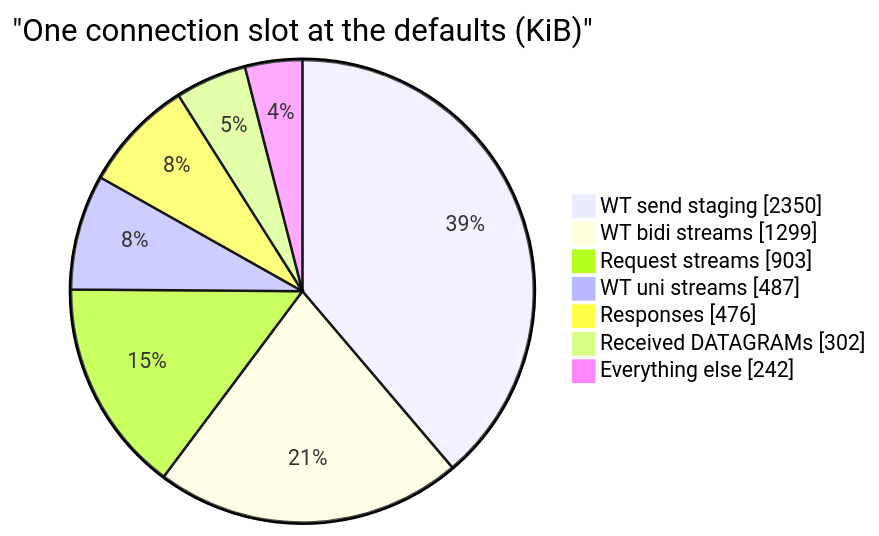
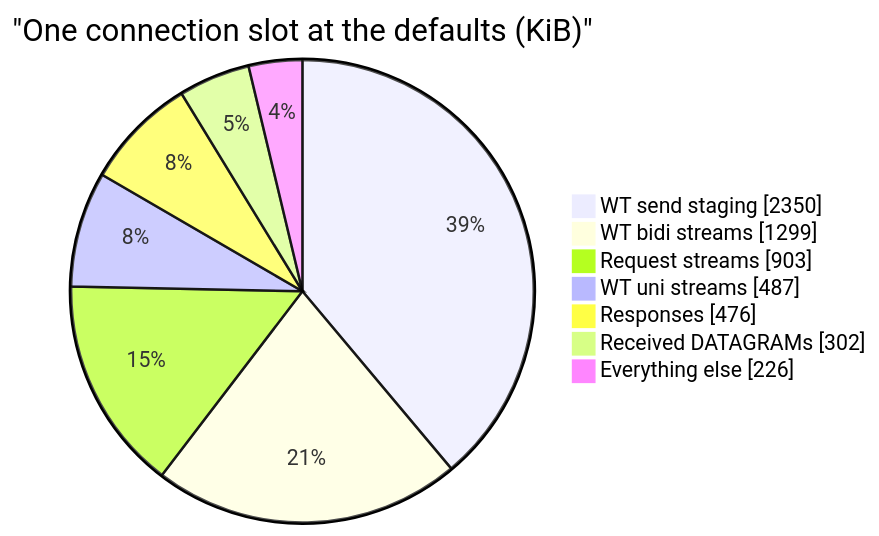
Before and after one commit to Hakkadaikon/wired: the second of 9 diagrams in docs/arch/memory.md, drawn with Mermaid. The commit also changed other lines of this file and 17 other files, not shown here.

````diff
--- a/docs/arch/memory.md
+++ b/docs/arch/memory.md
@@ -73,11 +73,11 @@
 ```mermaid
 pie showData
     title "One connection slot at the defaults (KiB)"
     "WT send staging" : 2350
     "WT bidi streams" : 1299
     "Request streams" : 903
     "WT uni streams" : 487
     "Responses" : 476
     "Received DATAGRAMs" : 302
-    "Everything else" : 242
+    "Everything else" : 226
 ```
````
